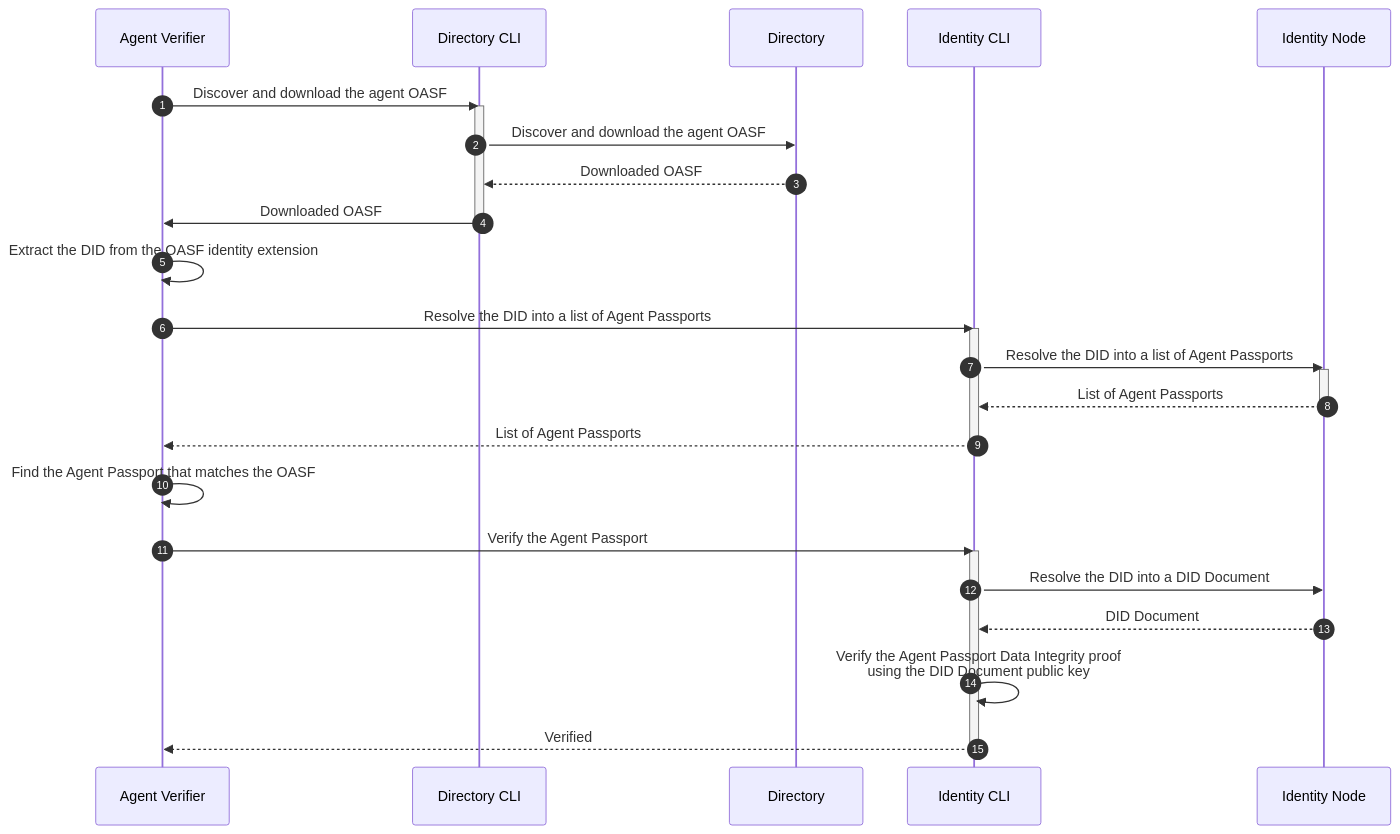
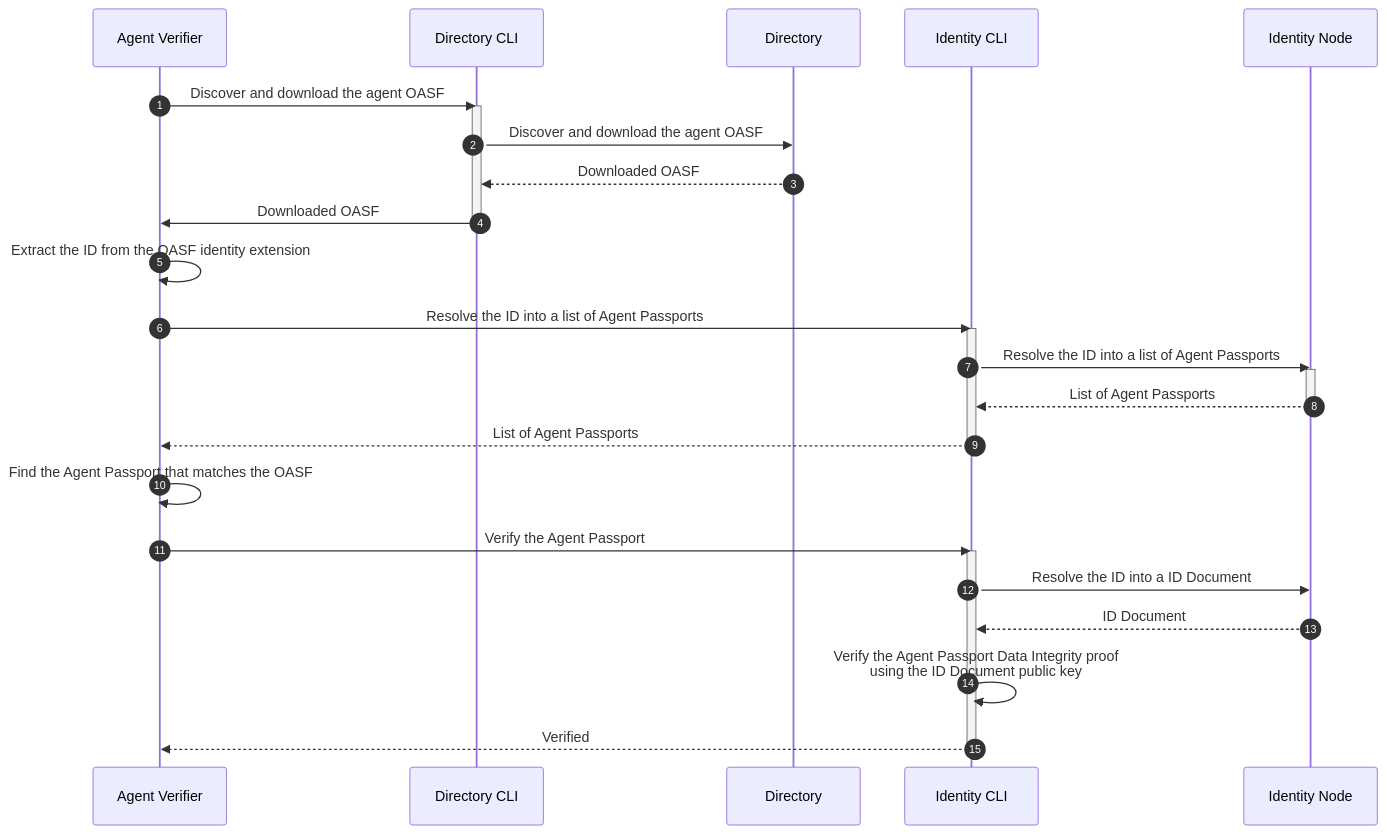
One commit to agntcy/identity-spec changed the third of 4 diagrams in docs-src/docs/specs/flows/agntcy.md. Above: the diagram before and after it, drawn with Mermaid. The commit also changed other lines of this file and 7 other files, not shown here.

````diff
--- a/docs-src/docs/specs/flows/agntcy.md
+++ b/docs-src/docs/specs/flows/agntcy.md
@@ -105,34 +105,34 @@
 ```mermaid
 sequenceDiagram
 autonumber
 
 % Discover + download the agent OASF
 Agent Verifier->>Directory CLI: Discover and download the agent OASF
 activate Directory CLI
 Directory CLI->>Directory: Discover and download the agent OASF
 Directory-->>Directory CLI: Downloaded OASF
 Directory CLI->>Agent Verifier: Downloaded OASF
 deactivate Directory CLI
 
-Agent Verifier->>Agent Verifier: Extract the DID from the OASF identity extension
+Agent Verifier->>Agent Verifier: Extract the ID from the OASF identity extension
 
-% Resolve the DID into a list of Agent Passports
-Agent Verifier->>Identity CLI: Resolve the DID into a list of Agent Passports
+% Resolve the ID into a list of Agent Passports
+Agent Verifier->>Identity CLI: Resolve the ID into a list of Agent Passports
 activate Identity CLI
-Identity CLI->>Identity Node: Resolve the DID into a list of Agent Passports
+Identity CLI->>Identity Node: Resolve the ID into a list of Agent Passports
 activate Identity Node
 Identity Node-->>Identity CLI: List of Agent Passports
 deactivate Identity Node
 Identity CLI-->>Agent Verifier: List of Agent Passports
 deactivate Identity CLI
 
 % Find and verify the Agent Passport
 Agent Verifier->>Agent Verifier: Find the Agent Passport that matches the OASF
 Agent Verifier->>Identity CLI: Verify the Agent Passport
 activate Identity CLI
-Identity CLI->>Identity Node: Resolve the DID into a DID Document
-Identity Node-->>Identity CLI: DID Document
-Identity CLI->>Identity CLI: Verify the Agent Passport Data Integrity proof<br/>using the DID Document public key
+Identity CLI->>Identity Node: Resolve the ID into a ID Document
+Identity Node-->>Identity CLI: ID Document
+Identity CLI->>Identity CLI: Verify the Agent Passport Data Integrity proof<br/>using the ID Document public key
 Identity CLI-->>Agent Verifier: Verified
 deactivate Identity CLI
 ```
````
